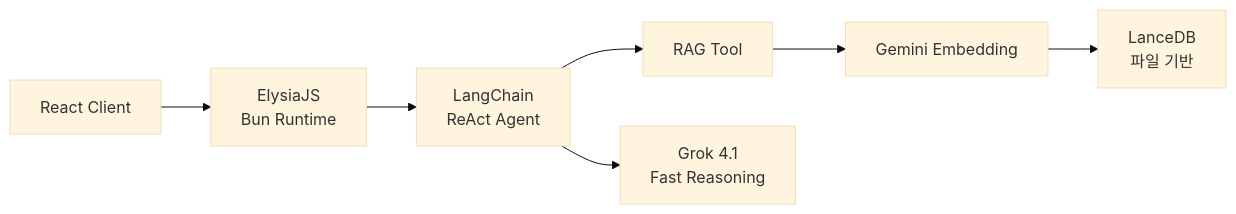
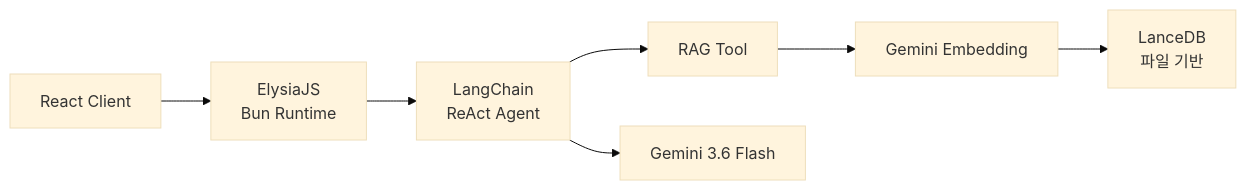
One commit to genie49/genie-cv changed the diagram in data/content/notes/chatbot-tech-stack.md. Above: the diagram before and after it, drawn with Mermaid (base theme). The commit also changed other lines of this file and 15 other files, not shown here.

````diff
--- a/data/content/notes/chatbot-tech-stack.md
+++ b/data/content/notes/chatbot-tech-stack.md
@@ -31,9 +33,9 @@
 ```mermaid
 flowchart LR
     Client["React Client"] --> Elysia["ElysiaJS<br/>Bun Runtime"]
     Elysia --> Agent["LangChain<br/>ReAct Agent"]
     Agent --> RAG["RAG Tool"]
-    Agent --> LLM["Grok 4.1<br/>Fast Reasoning"]
+    Agent --> LLM["Gemini 3.6 Flash"]
     RAG --> Embed["Gemini Embedding"]
     Embed --> Lance["LanceDB<br/>파일 기반"]
 ```
````
